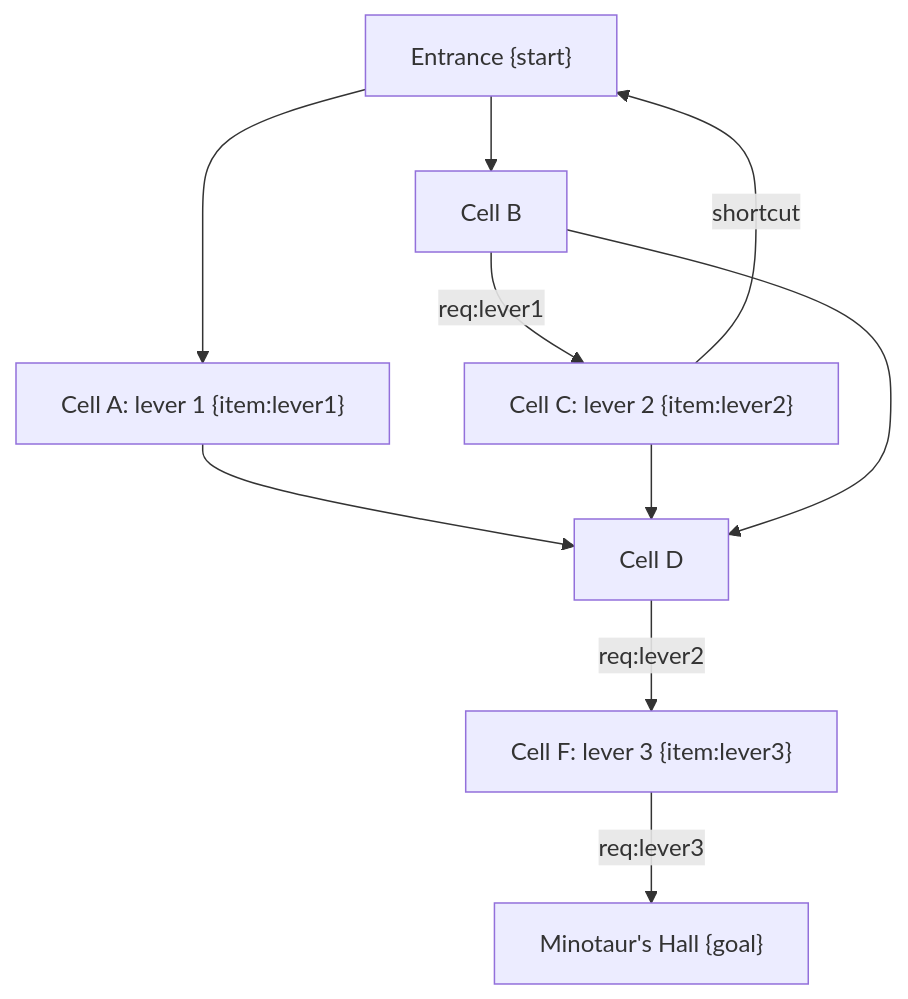
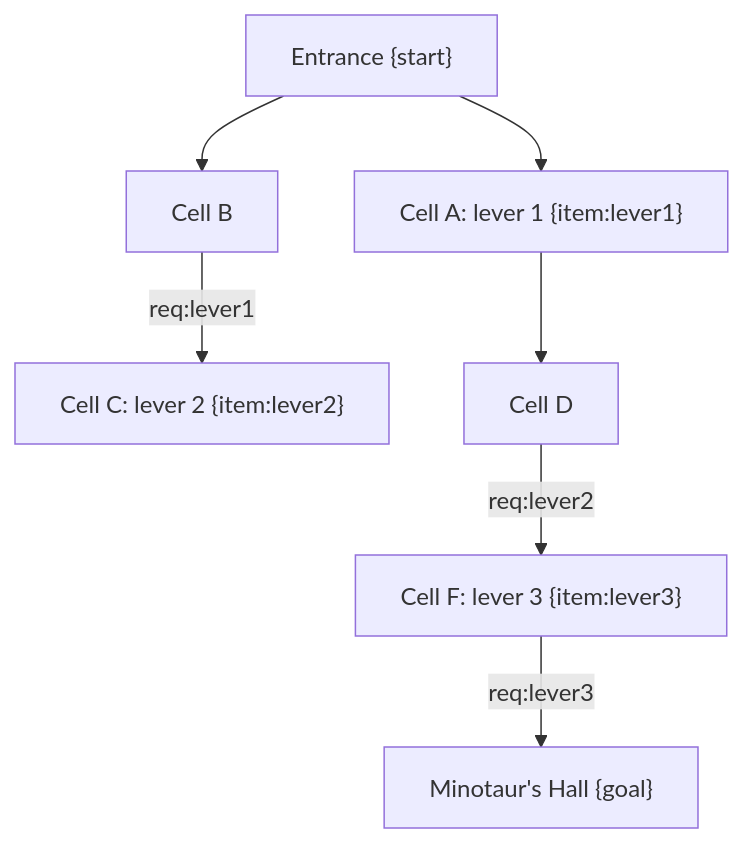
The diagram in ArtSource/plans/dungeons/underground_labyrinth.mmd (grimmylock/agora-vai-action), drawn with Mermaid before and after one commit. The commit also changed 21 other files, not shown here.

First line of the commit message:
Dungeon redo: Deep Caverns, Underground Labyrinth, Siege Catacombs

```diff
--- a/ArtSource/plans/dungeons/underground_labyrinth.mmd
+++ b/ArtSource/plans/dungeons/underground_labyrinth.mmd
@@ -1,13 +1,10 @@
-%% Underground Labyrinth. Theme: a maze of gates opened by levers (Theseus). Locks: LEVER 1-3 each lifts one gate; the maze loops so the player can't strand. Loops: many.
+%% Underground Labyrinth. Theme: a maze of gates opened by levers (Theseus). Locks (2026-11-11, built with the three looks that exist): lever1 = an iron gate's key, lever2 = a pry bar for a rockfall, lever3 = the code of a sealed slab. No loops round a lock; blind passages and dead-end cells make the maze.
 %% start: E
 %% goal: Mn
 flowchart TD
   E["Entrance {start}"] --> A["Cell A: lever 1 {item:lever1}"]
   E --> B["Cell B"]
   B -->|req:lever1| C["Cell C: lever 2 {item:lever2}"]
   A --> D["Cell D"]
   D -->|req:lever2| F["Cell F: lever 3 {item:lever3}"]
-  C --> D
-  B --> D
   F -->|req:lever3| Mn["Minotaur's Hall {goal}"]
-  C -->|shortcut| E
```
